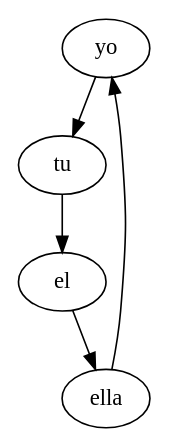
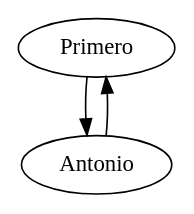
Before and after one commit to Mynor16/Practica1s12017_201213197: the diagram in src/PLCircular/GraficaListaCircular.dot, drawn with Graphviz. The commit also changed 10 other files, not shown here.

```diff
--- a/src/PLCircular/GraficaListaCircular.dot
+++ b/src/PLCircular/GraficaListaCircular.dot
@@ -1,10 +1,6 @@
 digraph G 
- {yo;
-tu;
-el;
-ella;
-yo->tu;
-tu->el;
-el->ella;
-ella->yo;
+ {Primero;
+Antonio;
+Primero->Antonio;
+Antonio->Primero;
 }
```
